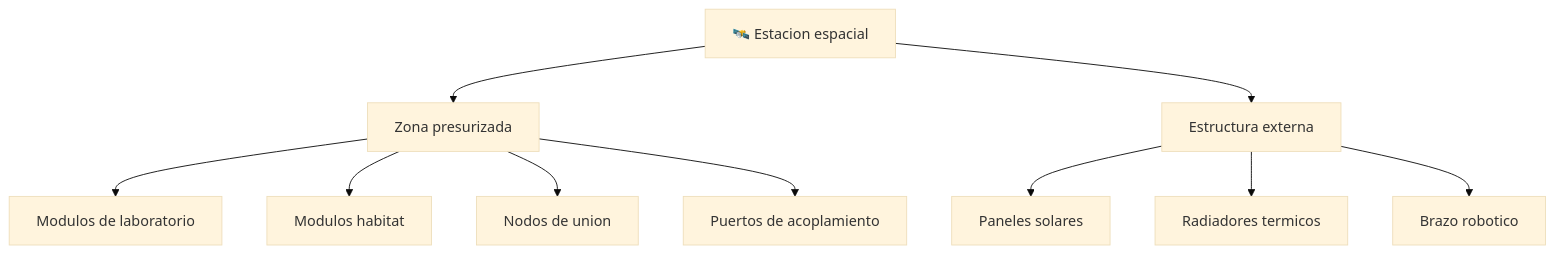
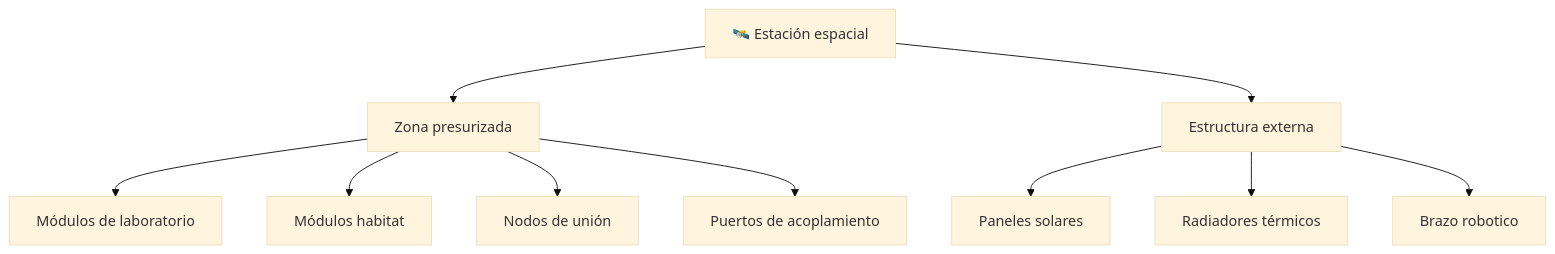
The diagram in vehiculos/estacion-espacial/operacion/caracteristicas-estacion-espacial.md (vladimiracunadev-create/machine-operator-program), drawn with Mermaid (base theme) before and after one commit. The commit also changed other lines of this file and 442 other files, not shown here.

````diff
--- a/vehiculos/estacion-espacial/operacion/caracteristicas-estacion-espacial.md
+++ b/vehiculos/estacion-espacial/operacion/caracteristicas-estacion-espacial.md
@@ -35,12 +35,12 @@
 ```mermaid
 flowchart TD
-    Estacion[🛰️ Estacion espacial] --> Presurizado[Zona presurizada]
+    Estacion[🛰️ Estación espacial] --> Presurizado[Zona presurizada]
     Estacion --> Externo[Estructura externa]
-    Presurizado --> Laboratorio[Modulos de laboratorio]
-    Presurizado --> Habitat[Modulos habitat]
-    Presurizado --> Nodo[Nodos de union]
+    Presurizado --> Laboratorio[Módulos de laboratorio]
+    Presurizado --> Habitat[Módulos habitat]
+    Presurizado --> Nodo[Nodos de unión]
     Externo --> Paneles[Paneles solares]
-    Externo --> Radiadores[Radiadores termicos]
+    Externo --> Radiadores[Radiadores térmicos]
     Externo --> Brazo[Brazo robotico]
     Presurizado --> Puertos[Puertos de acoplamiento]
 ```
````
